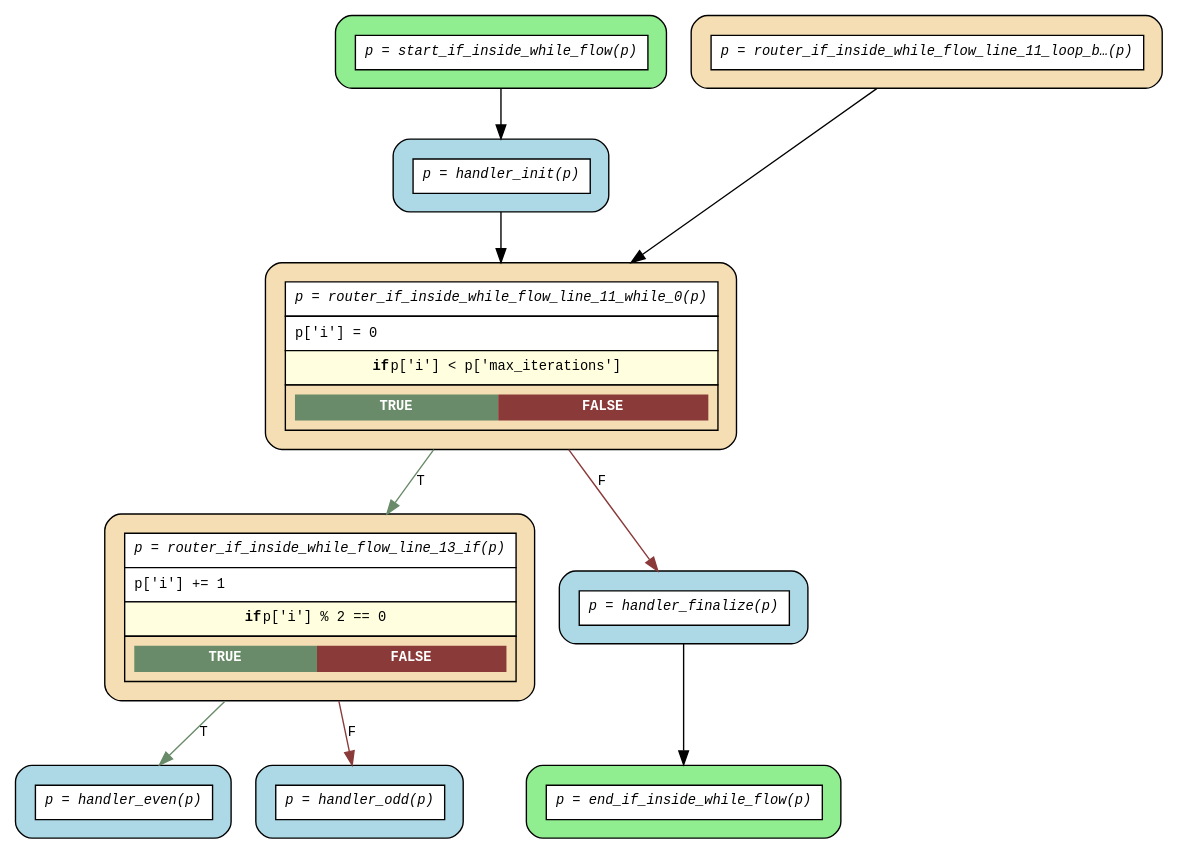
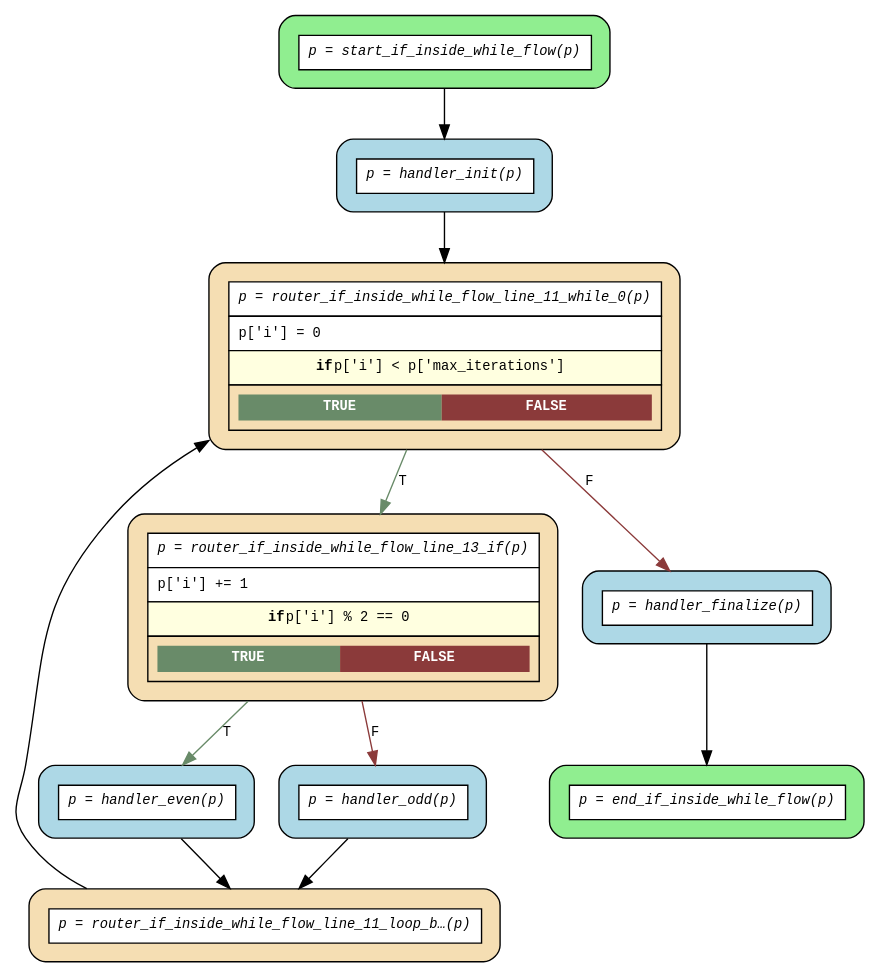
The diagram in examples/flows/compiled/while_with_if/flow.dot (deliveryhero/asya), drawn with Graphviz before and after one commit. The commit also changed 29 other files, not shown here.

First line of the commit message:
fix(dotgen): connect while-loop body actors to loop_back router

```diff
--- a/examples/flows/compiled/while_with_if/flow.dot
+++ b/examples/flows/compiled/while_with_if/flow.dot
@@ -1,25 +1,27 @@
 digraph flow {
   rankdir=TB;
   graph [fontname="Courier", fontsize=10];
   node [fontname="Courier", fontsize=10, shape=box, style="filled,rounded", margin="0.2"];
   edge [fontname="Courier", fontsize=10];
 
   start_if_inside_while_flow [fillcolor="lightgreen", label=<<table border="0" cellspacing="0" cellpadding="6" cellborder="1"><tr><td bgcolor="white" align="center"><i>p = start_if_inside_while_flow(p)</i></td></tr></table>>];
   router_if_inside_while_flow_line_13_if [fillcolor="wheat", label=<<table border="0" cellspacing="0" cellpadding="6" cellborder="1"><tr><td bgcolor="white" align="center"><i>p = router_if_inside_while_flow_line_13_if(p)</i></td></tr><tr><td bgcolor="white" align="left">p['i'] += 1</td></tr><tr><td bgcolor="lightyellow"><b>if</b> p['i'] % 2 == 0</td></tr><tr><td><table border="0" cellspacing="0" cellpadding="4"><tr><td bgcolor="darkseagreen4"><font color="white"><b>TRUE</b></font></td><td bgcolor="indianred4"><font color="white"><b>FALSE</b></font></td></tr></table></td></tr></table>>];
   router_if_inside_while_flow_line_11_loop_back_0 [fillcolor="wheat", label=<<table border="0" cellspacing="0" cellpadding="6" cellborder="1"><tr><td bgcolor="white" align="center"><i>p = router_if_inside_while_flow_line_11_loop_b…(p)</i></td></tr></table>>];
   router_if_inside_while_flow_line_11_while_0 [fillcolor="wheat", label=<<table border="0" cellspacing="0" cellpadding="6" cellborder="1"><tr><td bgcolor="white" align="center"><i>p = router_if_inside_while_flow_line_11_while_0(p)</i></td></tr><tr><td bgcolor="white" align="left">p['i'] = 0</td></tr><tr><td bgcolor="lightyellow"><b>if</b> p['i'] &lt; p['max_iterations']</td></tr><tr><td><table border="0" cellspacing="0" cellpadding="4"><tr><td bgcolor="darkseagreen4"><font color="white"><b>TRUE</b></font></td><td bgcolor="indianred4"><font color="white"><b>FALSE</b></font></td></tr></table></td></tr></table>>];
   end_if_inside_while_flow [fillcolor="lightgreen", label=<<table border="0" cellspacing="0" cellpadding="6" cellborder="1"><tr><td bgcolor="white" align="center"><i>p = end_if_inside_while_flow(p)</i></td></tr></table>>];
   handler_even [fillcolor="lightblue", label=<<table border="0" cellspacing="0" cellpadding="6" cellborder="1"><tr><td bgcolor="white" align="center"><i>p = handler_even(p)</i></td></tr></table>>];
   handler_finalize [fillcolor="lightblue", label=<<table border="0" cellspacing="0" cellpadding="6" cellborder="1"><tr><td bgcolor="white" align="center"><i>p = handler_finalize(p)</i></td></tr></table>>];
   handler_init [fillcolor="lightblue", label=<<table border="0" cellspacing="0" cellpadding="6" cellborder="1"><tr><td bgcolor="white" align="center"><i>p = handler_init(p)</i></td></tr></table>>];
   handler_odd [fillcolor="lightblue", label=<<table border="0" cellspacing="0" cellpadding="6" cellborder="1"><tr><td bgcolor="white" align="center"><i>p = handler_odd(p)</i></td></tr></table>>];
 
+  handler_even -> router_if_inside_while_flow_line_11_loop_back_0;
   handler_finalize -> end_if_inside_while_flow;
   handler_init -> router_if_inside_while_flow_line_11_while_0;
+  handler_odd -> router_if_inside_while_flow_line_11_loop_back_0;
   router_if_inside_while_flow_line_11_loop_back_0 -> router_if_inside_while_flow_line_11_while_0 [constraint=false];
   router_if_inside_while_flow_line_11_while_0 -> handler_finalize [label="F", color=indianred4];
   router_if_inside_while_flow_line_11_while_0 -> router_if_inside_while_flow_line_13_if [label="T", color=darkseagreen4];
   router_if_inside_while_flow_line_13_if -> handler_even [label="T", color=darkseagreen4];
   router_if_inside_while_flow_line_13_if -> handler_odd [label="F", color=indianred4];
   start_if_inside_while_flow -> handler_init;
 }
```
